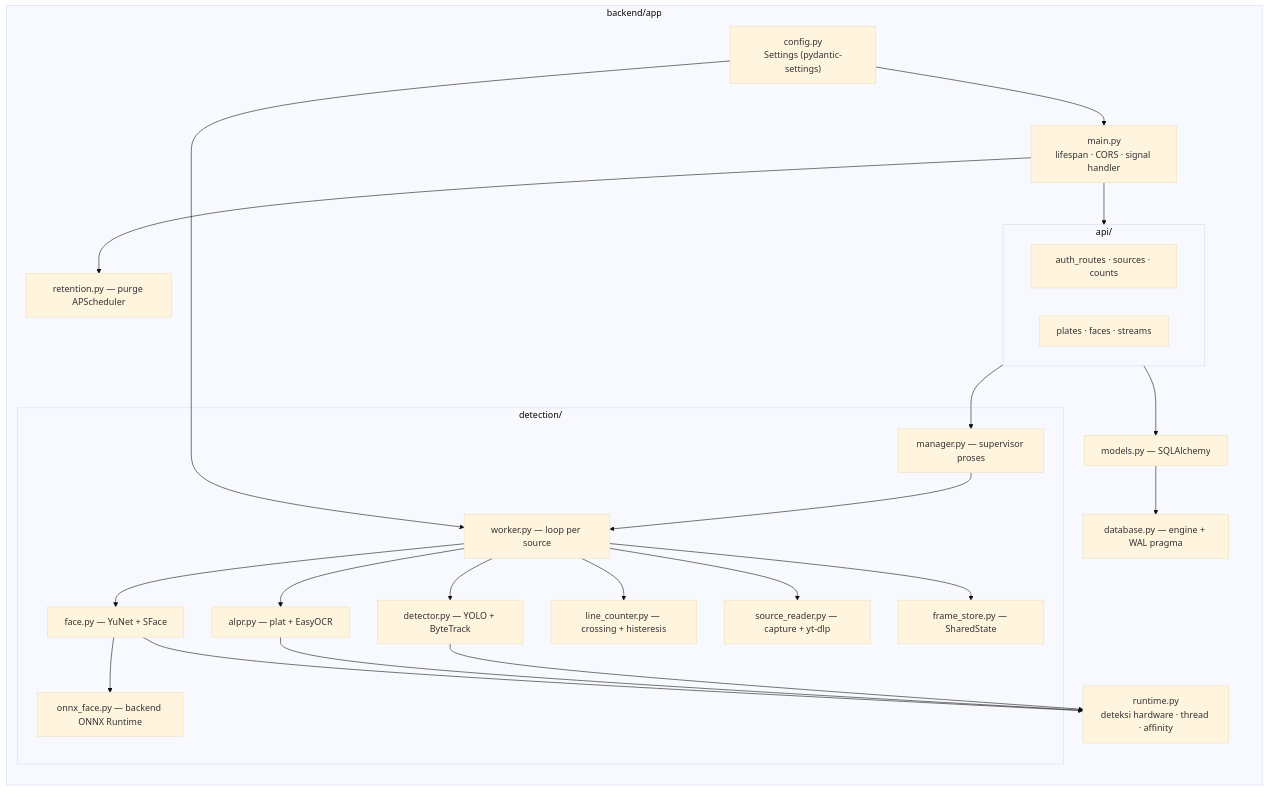
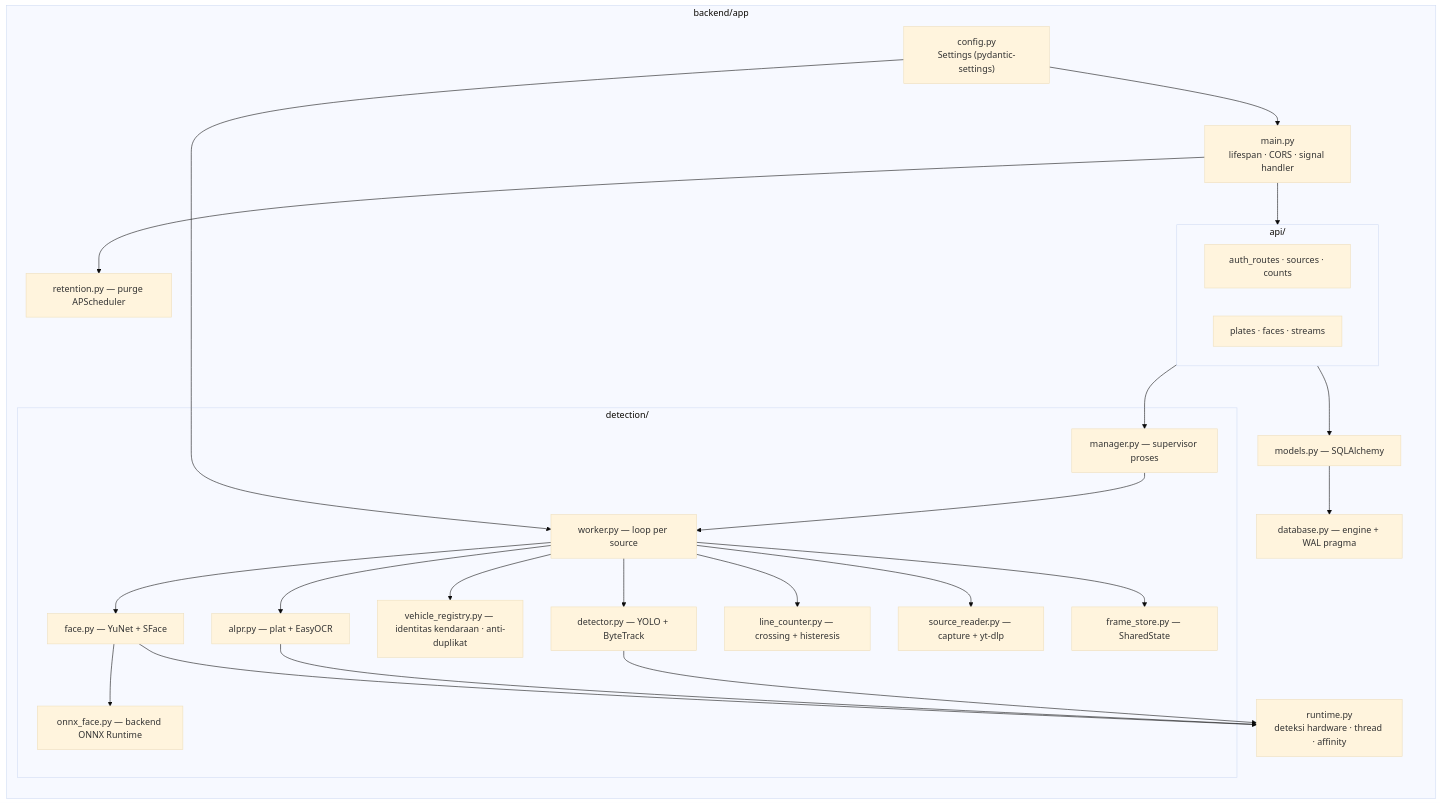
One commit to andiyulistyo/cctv-forall changed the eighth of 9 diagrams in docs/ARCHITECTURE.md. Above: the diagram before and after it, drawn with Mermaid (base theme). The commit also changed 6 other files, not shown here.

````diff
--- a/docs/ARCHITECTURE.md
+++ b/docs/ARCHITECTURE.md
@@ -422,45 +422,47 @@
 ```mermaid
 flowchart LR
     subgraph app["backend/app"]
         MAIN["main.py<br/>lifespan · CORS · signal handler"]
         CFG["config.py<br/>Settings (pydantic-settings)"]
         RT["runtime.py<br/>deteksi hardware · thread · affinity"]
         MOD["models.py — SQLAlchemy"]
         DBM["database.py — engine + WAL pragma"]
         RET["retention.py — purge APScheduler"]
 
         subgraph apis["api/"]
             A1["auth_routes · sources · counts"]
             A2["plates · faces · streams"]
         end
 
         subgraph det["detection/"]
             MG["manager.py — supervisor proses"]
             WK["worker.py — loop per source"]
             DT["detector.py — YOLO + ByteTrack"]
             AL["alpr.py — plat + EasyOCR"]
+            VR["vehicle_registry.py — identitas kendaraan · anti-duplikat"]
             FC["face.py — YuNet + SFace"]
             OF["onnx_face.py — backend ONNX Runtime"]
             LN["line_counter.py — crossing + histeresis"]
             SRD["source_reader.py — capture + yt-dlp"]
             FS["frame_store.py — SharedState"]
         end
     end
 
     MAIN --> apis
     MAIN --> RET
     apis --> MG --> WK
     WK --> DT
     WK --> AL
+    WK --> VR
     WK --> FC
     WK --> LN
     WK --> SRD
     WK --> FS
     FC --> OF
     DT --> RT
     AL --> RT
     FC --> RT
     apis --> MOD --> DBM
     CFG --> MAIN
     CFG --> WK
 ```
````
